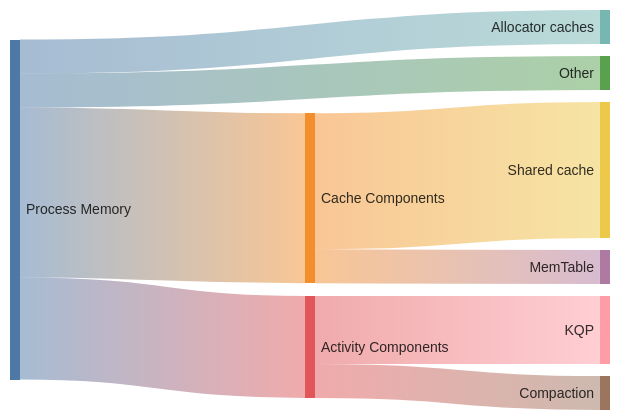
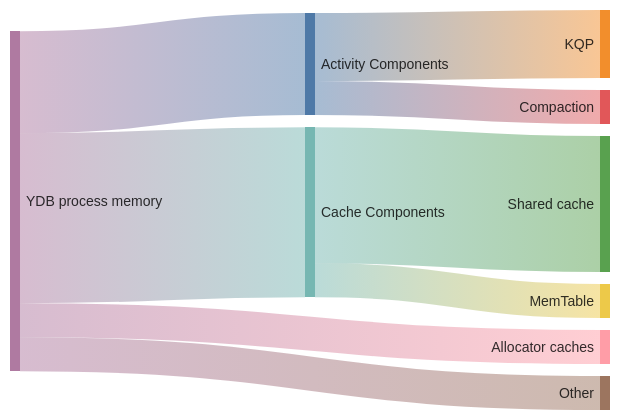
One commit to ydb-platform/ydb changed the diagram in ydb/docs/ru/core/reference/configuration/memory_controller_config.md. Above: the diagram before and after it, drawn with Mermaid. The commit also changed other lines of this file, not shown here.

````diff
--- a/ydb/docs/ru/core/reference/configuration/memory_controller_config.md
+++ b/ydb/docs/ru/core/reference/configuration/memory_controller_config.md
@@ -16,19 +7,19 @@
 ```mermaid
 ---
 config:
   sankey:
     showValues: false
 ---
 sankey-beta
 
-Process Memory,Cache Components,50
-Process Memory,Activity Components, 30
-Process Memory,Allocator caches, 10
-Process Memory,Other,10
+Activity Components,"KQP", 20
+Activity Components,Compaction, 10
 
 Cache Components,Shared cache, 40
 Cache Components,MemTable, 10
 
-Activity Components,"KQP", 20
-Activity Components,Compaction, 10
+YDB process memory,Cache Components,50
+YDB process memory,Activity Components, 30
+YDB process memory,Allocator caches, 10
+YDB process memory,Other,10
 ```
````
